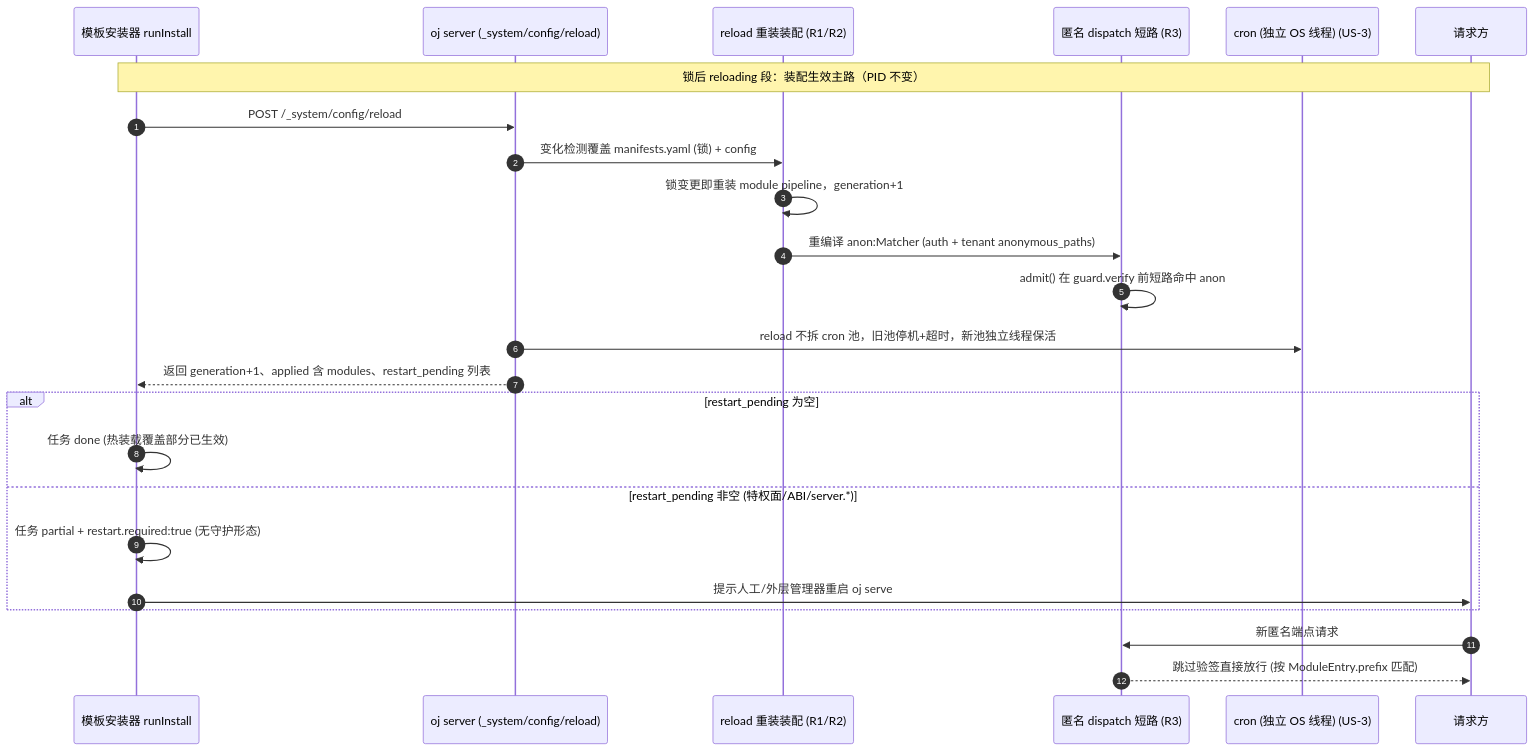
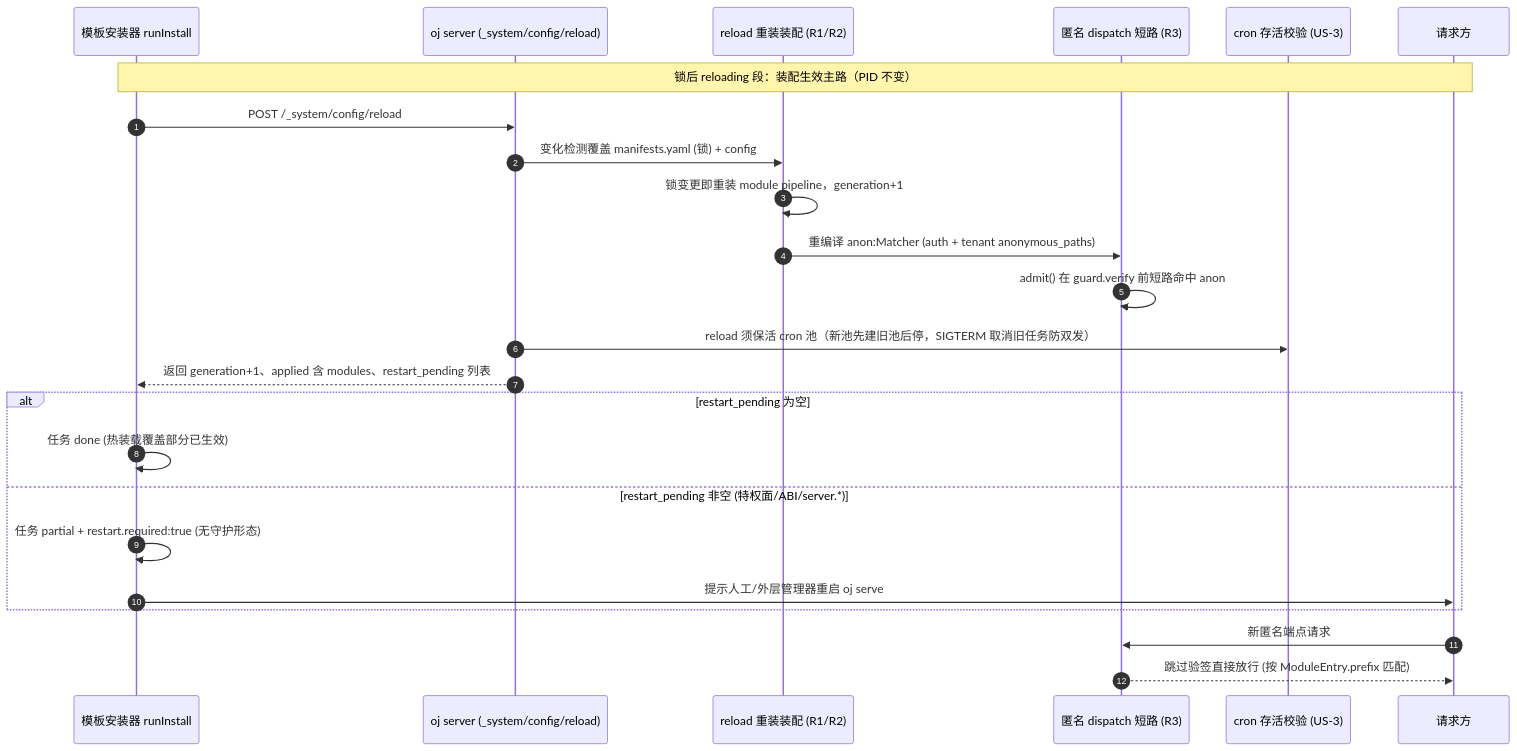
The first of 3 diagrams in docs/plans/20261105-upstream-oj-pr.md (everpan/oj-module), drawn with Mermaid before and after one commit. The commit also changed other lines of this file, not shown here.

````diff
--- a/docs/plans/20261105-upstream-oj-pr.md
+++ b/docs/plans/20261105-upstream-oj-pr.md
@@ -117,27 +132,27 @@
 ```mermaid
 sequenceDiagram
     autonumber
     participant T as 模板安装器 runInstall
     participant API as oj server (_system/config/reload)
     participant RL as reload 重装装配 (R1/R2)
     participant ANON as 匿名 dispatch 短路 (R3)
-    participant CRON as cron (独立 OS 线程) (US-3)
+    participant CRON as cron 存活校验 (US-3)
     participant CL as 请求方
 
     Note over T,CL: 锁后 reloading 段：装配生效主路（PID 不变）
     T->>API: POST /_system/config/reload
     API->>RL: 变化检测覆盖 manifests.yaml (锁) + config
     RL->>RL: 锁变更即重装 module pipeline，generation+1
     RL->>ANON: 重编译 anon:Matcher (auth + tenant anonymous_paths)
     ANON->>ANON: admit() 在 guard.verify 前短路命中 anon
-    API->>CRON: reload 不拆 cron 池，旧池停机+超时，新池独立线程保活
+    API->>CRON: reload 须保活 cron 池（新池先建旧池后停，SIGTERM 取消旧任务防双发）
     API-->>T: 返回 generation+1、applied 含 modules、restart_pending 列表
     alt restart_pending 为空
         T->>T: 任务 done (热装载覆盖部分已生效)
     else restart_pending 非空 (特权面/ABI/server.*)
         T->>T: 任务 partial + restart.required:true (无守护形态)
         T->>CL: 提示人工/外层管理器重启 oj serve
     end
     CL->>ANON: 新匿名端点请求
     ANON-->>CL: 跳过验签直接放行 (按 ModuleEntry.prefix 匹配)
 ```
````
